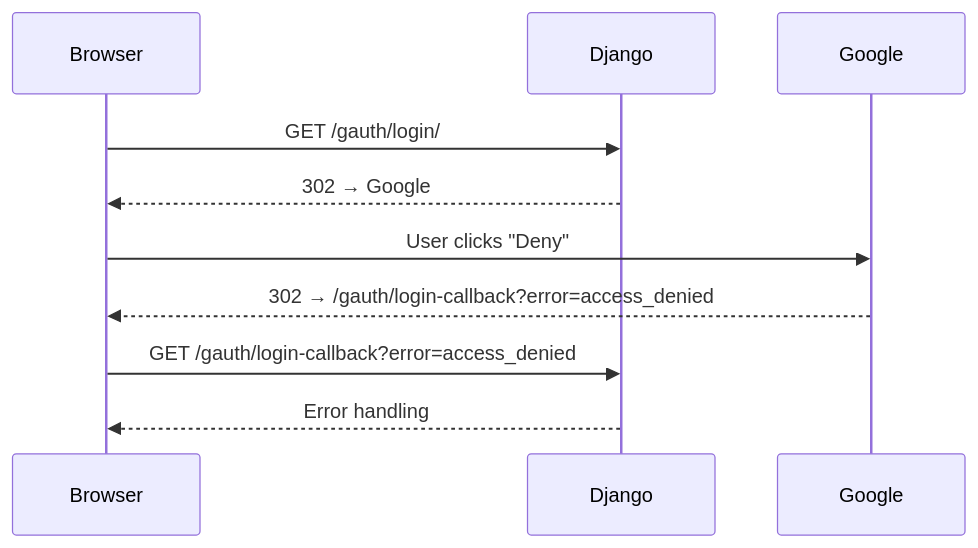
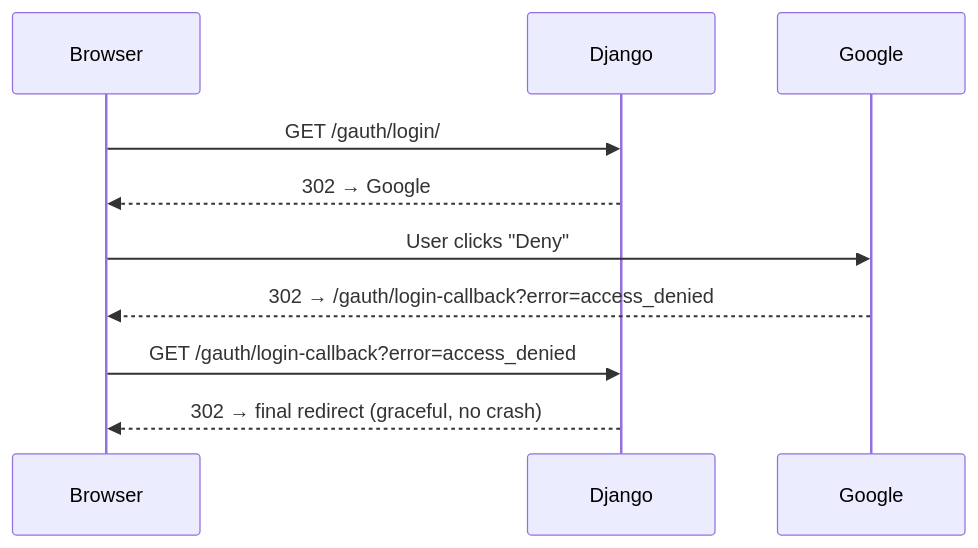
One commit to masterPiece93/django-gauth changed the seventh of 8 diagrams in docs/flows.md. Above: the diagram before and after it, drawn with Mermaid. The commit also changed other lines of this file and 4 other files, not shown here.

````diff
--- a/docs/flows.md
+++ b/docs/flows.md
@@ -189,13 +189,13 @@
 ```mermaid
 sequenceDiagram
     participant B as Browser
     participant D as Django
     participant G as Google
 
     B->>D: GET /gauth/login/
     D-->>B: 302 → Google
     B->>G: User clicks "Deny"
     G-->>B: 302 → /gauth/login-callback?error=access_denied
     B->>D: GET /gauth/login-callback?error=access_denied
-    D-->>B: Error handling
+    D-->>B: 302 → final redirect (graceful, no crash)
 ```
````
